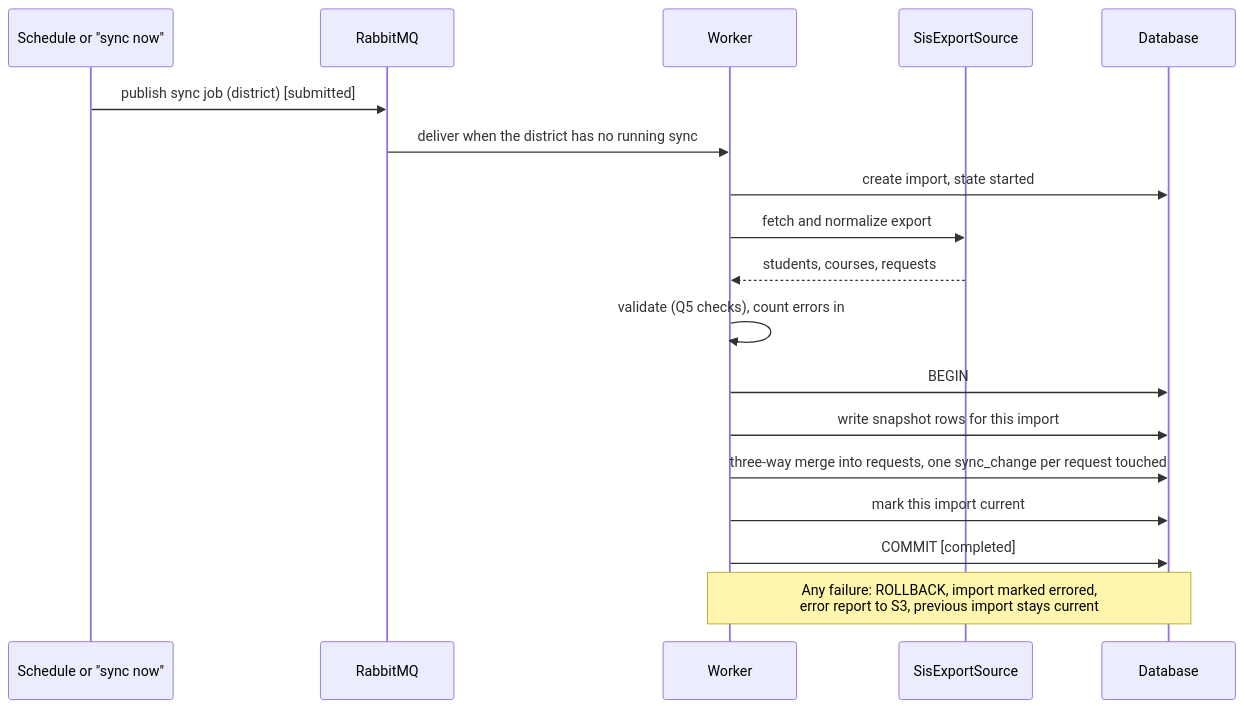
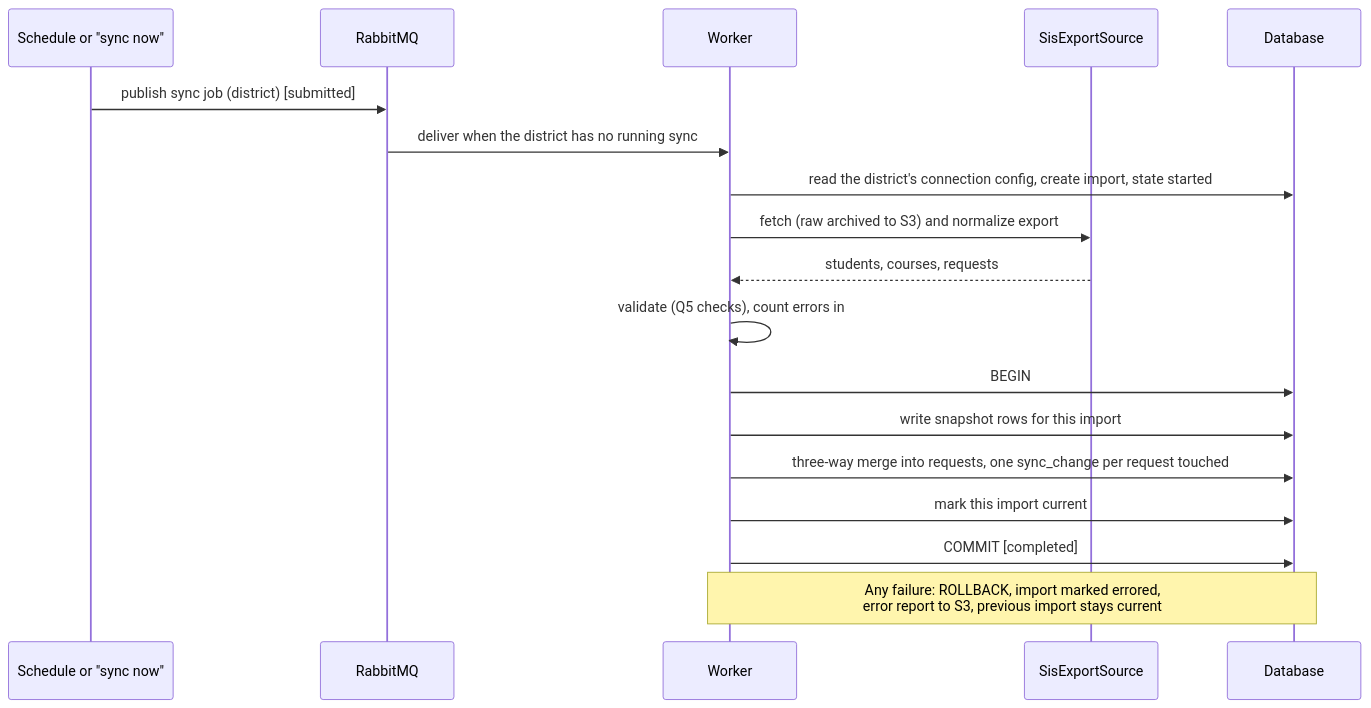
One commit to stephenmayer/CourseManager changed the second of 2 diagrams in docs/sis-sync-design.md. Above: the diagram before and after it, drawn with Mermaid. The commit also changed other lines of this file, not shown here.

First line of the commit message:
docs(sis): SIS connection config, adapter layers, and import versioning

````diff
--- a/docs/sis-sync-design.md
+++ b/docs/sis-sync-design.md
@@ -128,20 +199,20 @@
 ```mermaid
 sequenceDiagram
     participant S as Schedule or "sync now"
     participant Q as RabbitMQ
     participant W as Worker
     participant X as SisExportSource
     participant D as Database
     S->>Q: publish sync job (district)  [submitted]
     Q->>W: deliver when the district has no running sync
-    W->>D: create import, state started
-    W->>X: fetch and normalize export
+    W->>D: read the district's connection config, create import, state started
+    W->>X: fetch (raw archived to S3) and normalize export
     X-->>W: students, courses, requests
     W->>W: validate (Q5 checks), count errors in
     W->>D: BEGIN
     W->>D: write snapshot rows for this import
     W->>D: three-way merge into requests, one sync_change per request touched
     W->>D: mark this import current
     W->>D: COMMIT  [completed]
     Note over W,D: Any failure: ROLLBACK, import marked errored,<br/>error report to S3, previous import stays current
 ```
````
